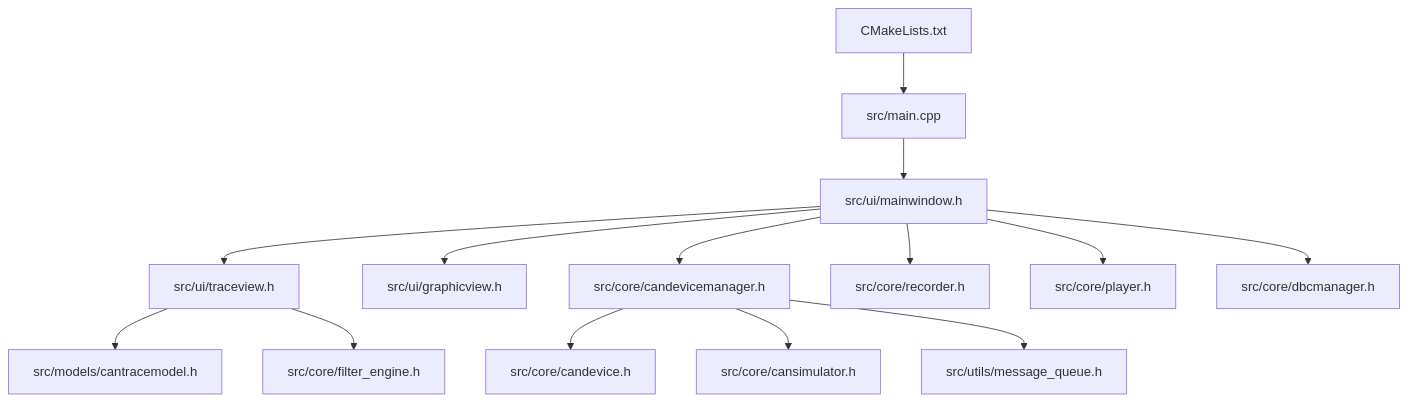
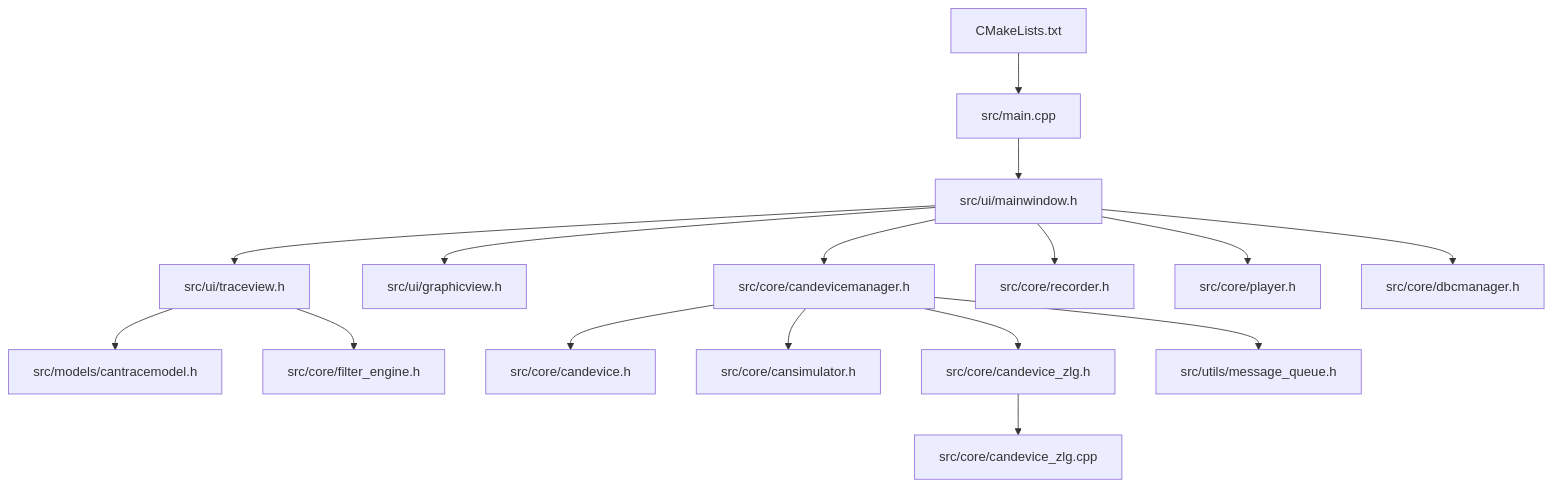
Before and after one commit to jakecai1225-design/OpenBus: the first of 9 diagrams in .qoder/repowiki/zh/content/核心模块详解/CAN设备管理系统.md, drawn with Mermaid. The commit also changed other lines of this file and 5 other files, not shown here.

````diff
--- a/.qoder/repowiki/zh/content/核心模块详解/CAN设备管理系统.md
+++ b/.qoder/repowiki/zh/content/核心模块详解/CAN设备管理系统.md
@@ -44,16 +57,18 @@
 ```mermaid
 graph TB
 A["CMakeLists.txt"] --> B["src/main.cpp"]
 B --> C["src/ui/mainwindow.h"]
 C --> D["src/ui/traceview.h"]
 C --> E["src/ui/graphicview.h"]
 C --> F["src/core/candevicemanager.h"]
 F --> G["src/core/candevice.h"]
 F --> H["src/core/cansimulator.h"]
-D --> I["src/models/cantracemodel.h"]
-D --> J["src/core/filter_engine.h"]
-C --> K["src/core/recorder.h"]
-C --> L["src/core/player.h"]
-C --> M["src/core/dbcmanager.h"]
-F --> N["src/utils/message_queue.h"]
+F --> I["src/core/candevice_zlg.h"]
+I --> J["src/core/candevice_zlg.cpp"]
+D --> K["src/models/cantracemodel.h"]
+D --> L["src/core/filter_engine.h"]
+C --> M["src/core/recorder.h"]
+C --> N["src/core/player.h"]
+C --> O["src/core/dbcmanager.h"]
+F --> P["src/utils/message_queue.h"]
 ```
````
